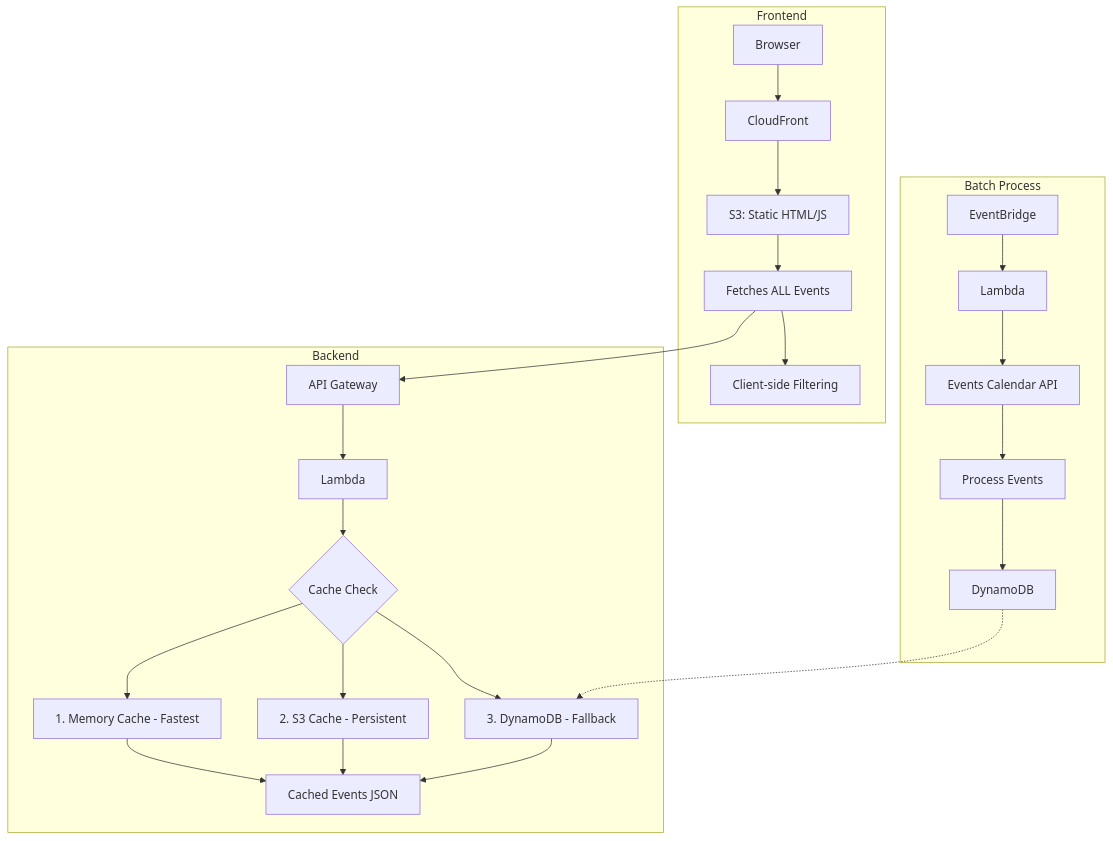
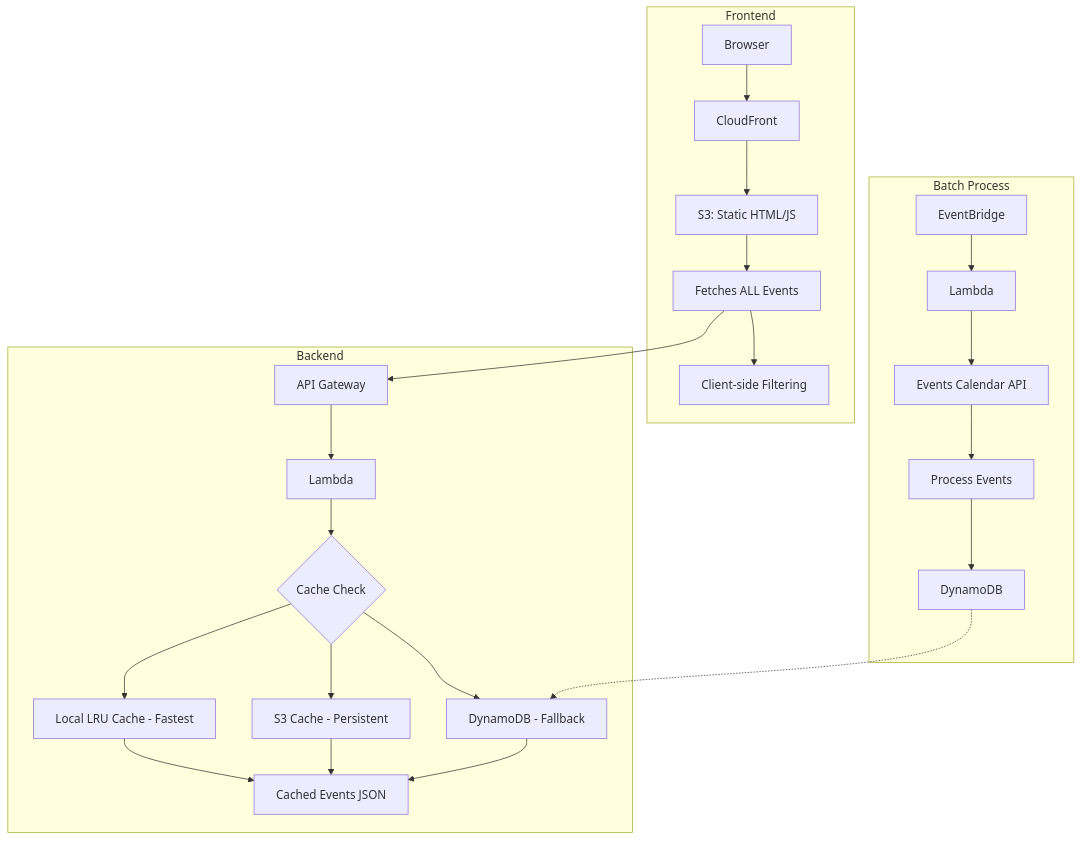
Before and after one commit to bbernstein/chq-calendar: the fourth of 8 diagrams in docs/DEVELOPMENT_HISTORY.md, drawn with Mermaid. The commit also changed other lines of this file, not shown here.

Commit message:
Fix Phase 4 diagram: remove numbered list syntax and correct cache naming
- Remove numbered list format (1., 2., 3.) that causes 'Unsupported markdown: list' errors
- Change 'MemCache' to 'Local LRU Cache' for accurate description
- Update text description to match: 'Memory cache' → 'Local LRU cache'
- Fix node connections to use correct cache node name

The Local LRU Cache better reflects that it's a simple global cache running
in the Lambda JVM instance, not a dedicated memory caching service.

🤖 Generated with [Claude Code](https://claude.ai/code)

````diff
--- a/docs/DEVELOPMENT_HISTORY.md
+++ b/docs/DEVELOPMENT_HISTORY.md
@@ -102,30 +102,30 @@
 ```mermaid
 graph TB
     subgraph Frontend4[Frontend]
         Browser4[Browser] --> CF4[CloudFront]
         CF4 --> S3HTML4[S3: Static HTML/JS]
         S3HTML4 --> FetchAll4[Fetches ALL Events]
         FetchAll4 --> ClientFilter4[Client-side Filtering]
     end
     
     subgraph Backend4[Backend]
         FetchAll4 --> APIGW4[API Gateway]
         APIGW4 --> Lambda7[Lambda]
         Lambda7 --> CacheCheck{Cache Check}
-        CacheCheck --> MemCache[1. Memory Cache - Fastest]
-        CacheCheck --> S3Cache[2. S3 Cache - Persistent]
-        CacheCheck --> DDBFallback[3. DynamoDB - Fallback]
-        MemCache --> CachedJSON[Cached Events JSON]
+        CacheCheck --> LocalCache[Local LRU Cache - Fastest]
+        CacheCheck --> S3Cache[S3 Cache - Persistent]
+        CacheCheck --> DDBFallback[DynamoDB - Fallback]
+        LocalCache --> CachedJSON[Cached Events JSON]
         S3Cache --> CachedJSON
         DDBFallback --> CachedJSON
     end
     
     subgraph BatchProcess4[Batch Process]
         Schedule4[EventBridge] --> Lambda8[Lambda]
         Lambda8 --> EventsAPI4[Events Calendar API]
         EventsAPI4 --> Process4[Process Events]
         Process4 --> DDB5[DynamoDB]
     end
     
     DDB5 -.-> DDBFallback
 ```
````
